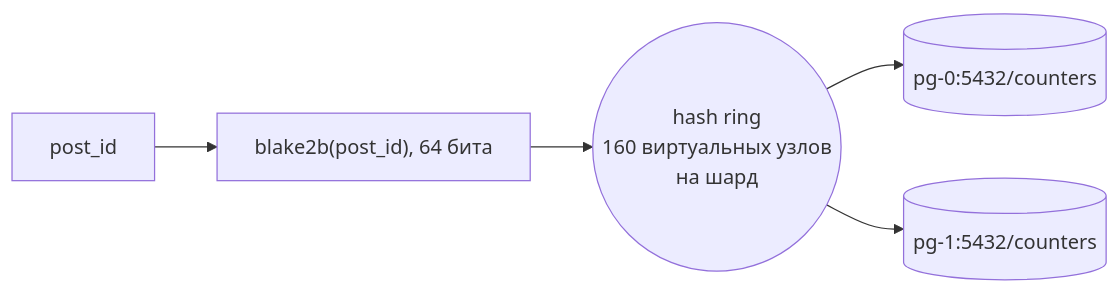
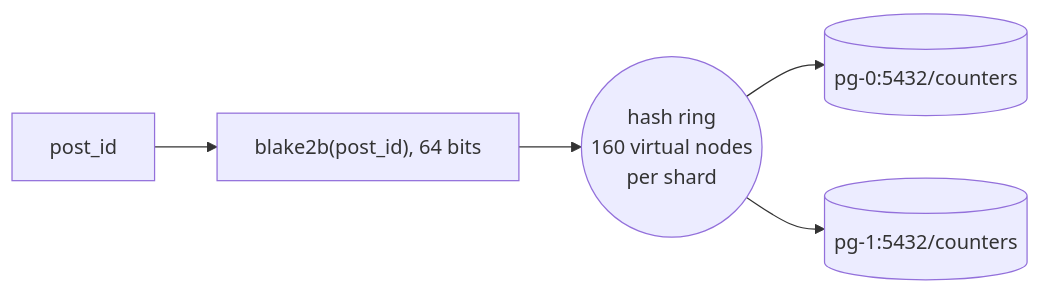
The sixth of 8 diagrams in sis2/README.md (elitekbtu/highload-backend), drawn with Mermaid before and after one commit. The commit also changed other lines of this file and 61 other files, not shown here.

````diff
--- a/sis2/README.md
+++ b/sis2/README.md
@@ -216,7 +220,7 @@
 ```mermaid
 flowchart LR
-    id["post_id"] --> h["blake2b(post_id), 64 бита"]
-    h --> ring(("hash ring<br/>160 виртуальных узлов<br/>на шард"))
+    id["post_id"] --> h["blake2b(post_id), 64 bits"]
+    h --> ring(("hash ring<br/>160 virtual nodes<br/>per shard"))
     ring --> s0[("pg-0:5432/counters")]
     ring --> s1[("pg-1:5432/counters")]
 ```
````
